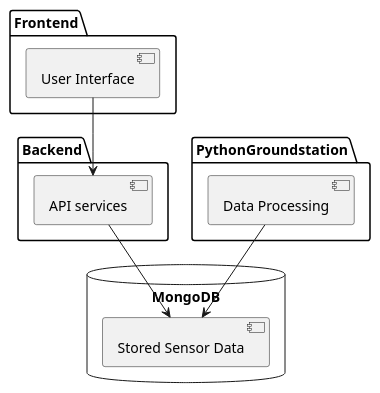
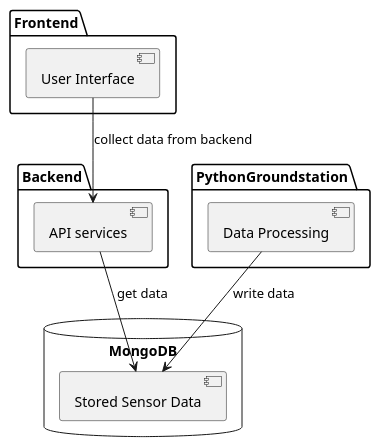
The diagram in backend/components_software_overview.puml (EggiEl/SpiCy-BEXUS), drawn with PlantUML before and after one commit.

Commit message:
Overall Software architecture uml

```diff
--- a/backend/components_software_overview.puml
+++ b/backend/components_software_overview.puml
@@ -1,22 +1,24 @@
-@startuml 
+@startuml Overall System Architecture
 
 package "Frontend" {
   [User Interface]
 }
 
 package "Backend" {
   [API services]
 }
 
 database "MongoDB" { 
   [Stored Sensor Data]
 }
 
 package "PythonGroundstation" {
   [Data Processing]
 }
-[Data Processing] --> [Stored Sensor Data]
-[API services] --> [Stored Sensor Data]
-[User Interface] --> [API services]
+[Data Processing] --> [Stored Sensor Data] : write data
+[API services] --> [Stored Sensor Data] : get data
+[User Interface] --> [API services] : collect data from backend
+
+
 
 @enduml
```
